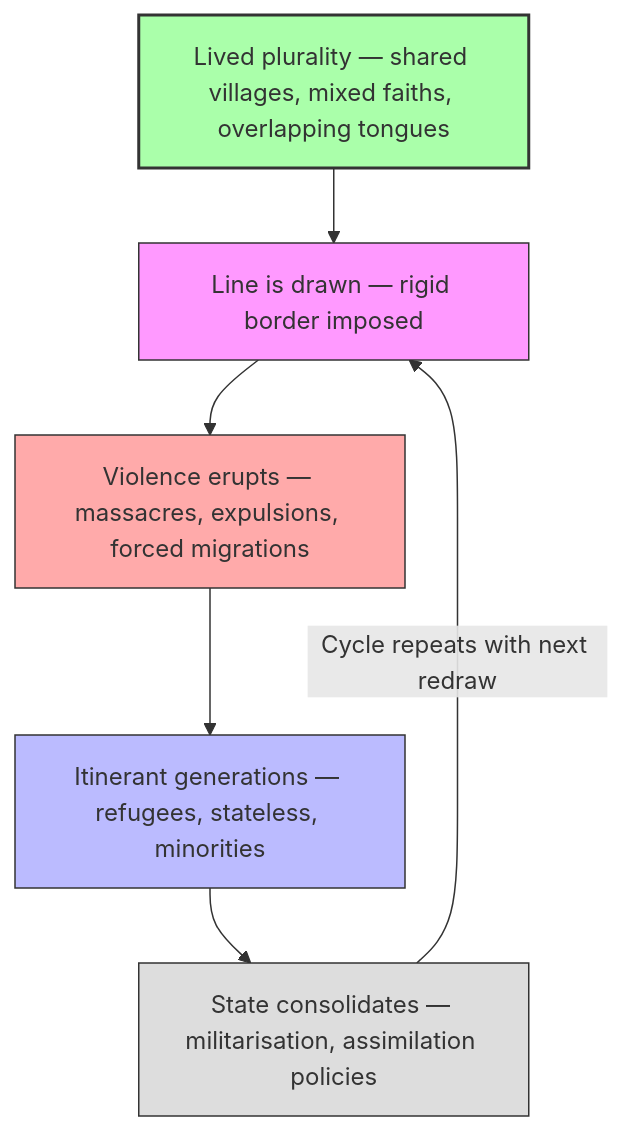
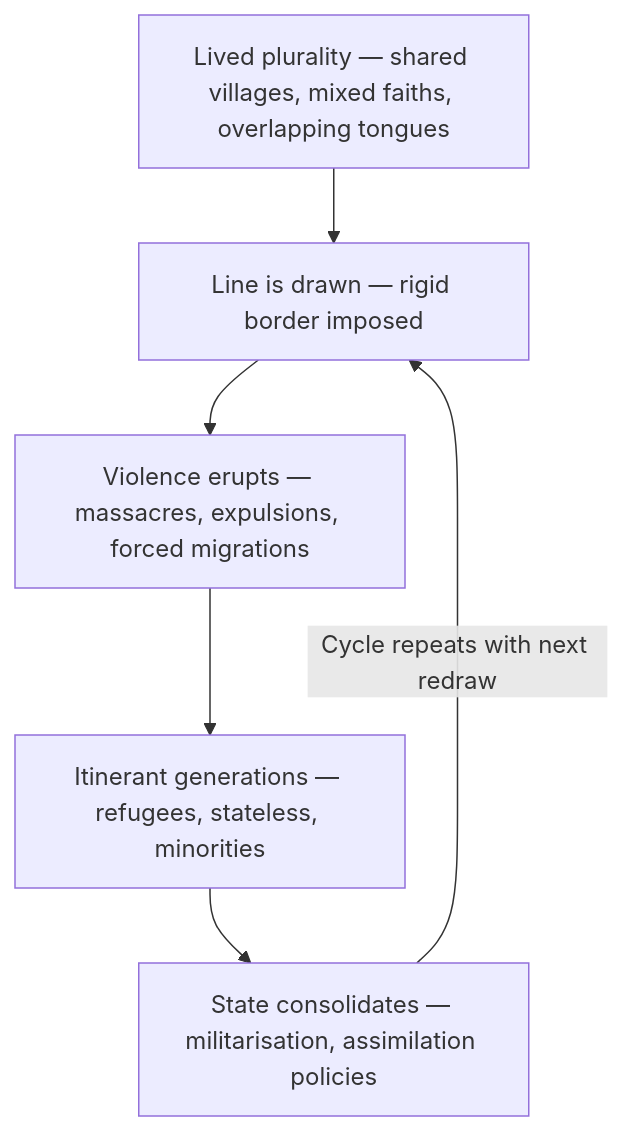
One commit to josefsbreakfast/Polaris-Protocol changed the diagram in Disruption_Kit/Big_Picture_Protocols/🌀_System_Governance/🦕_partition_loop_borders_as_violence.md. Above: the diagram before and after it, drawn with Mermaid.

````diff
--- a/Disruption_Kit/Big_Picture_Protocols/🌀_System_Governance/🦕_partition_loop_borders_as_violence.md
+++ b/Disruption_Kit/Big_Picture_Protocols/🌀_System_Governance/🦕_partition_loop_borders_as_violence.md
@@ -23,14 +23,9 @@
 ```mermaid
 flowchart TD
   A[Lived plurality — shared villages, mixed faiths, overlapping tongues] --> B[Line is drawn — rigid border imposed]
   B --> C[Violence erupts — massacres, expulsions, forced migrations]
   C --> D[Itinerant generations — refugees, stateless, minorities]
   D --> E[State consolidates — militarisation, assimilation policies]
   E -->|Cycle repeats with next redraw| B
-
-  style A fill:#afa,stroke:#333,stroke-width:2px
-  style B fill:#f9f,stroke:#333
-  style C fill:#faa,stroke:#333
-  style D fill:#bbf,stroke:#333
-  style E fill:#ddd,stroke:#333
+  
 ```
````
